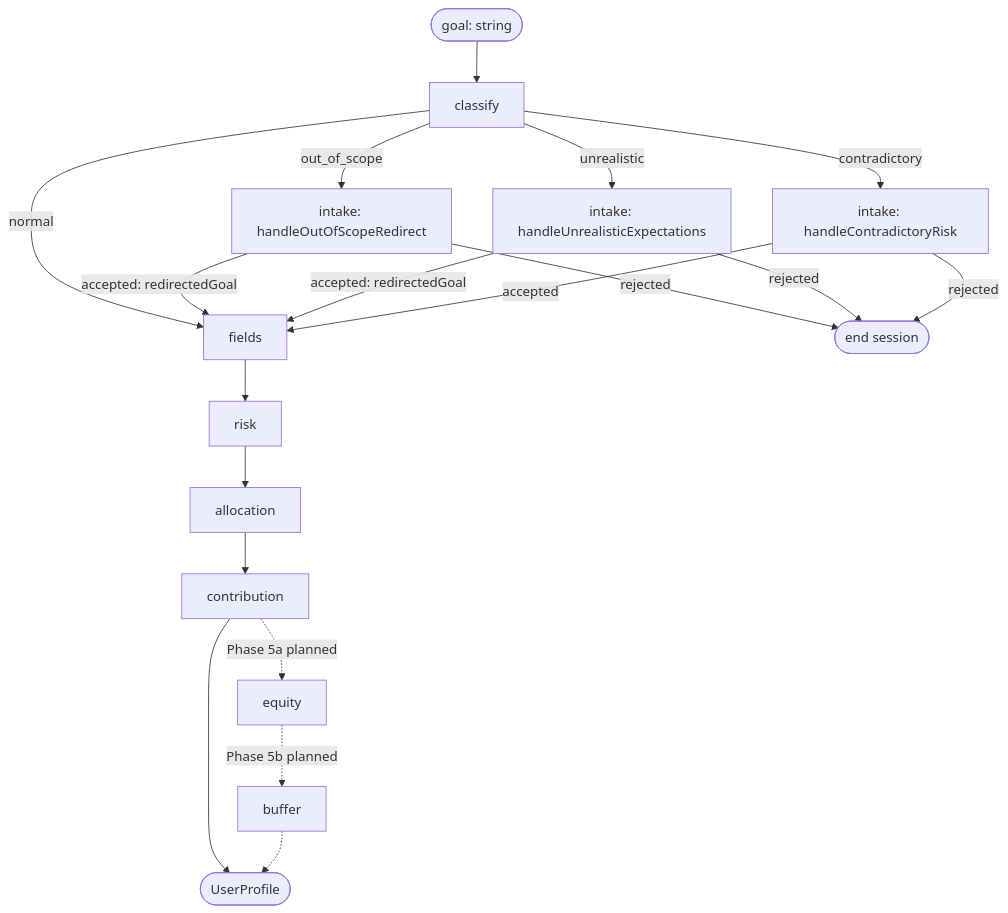
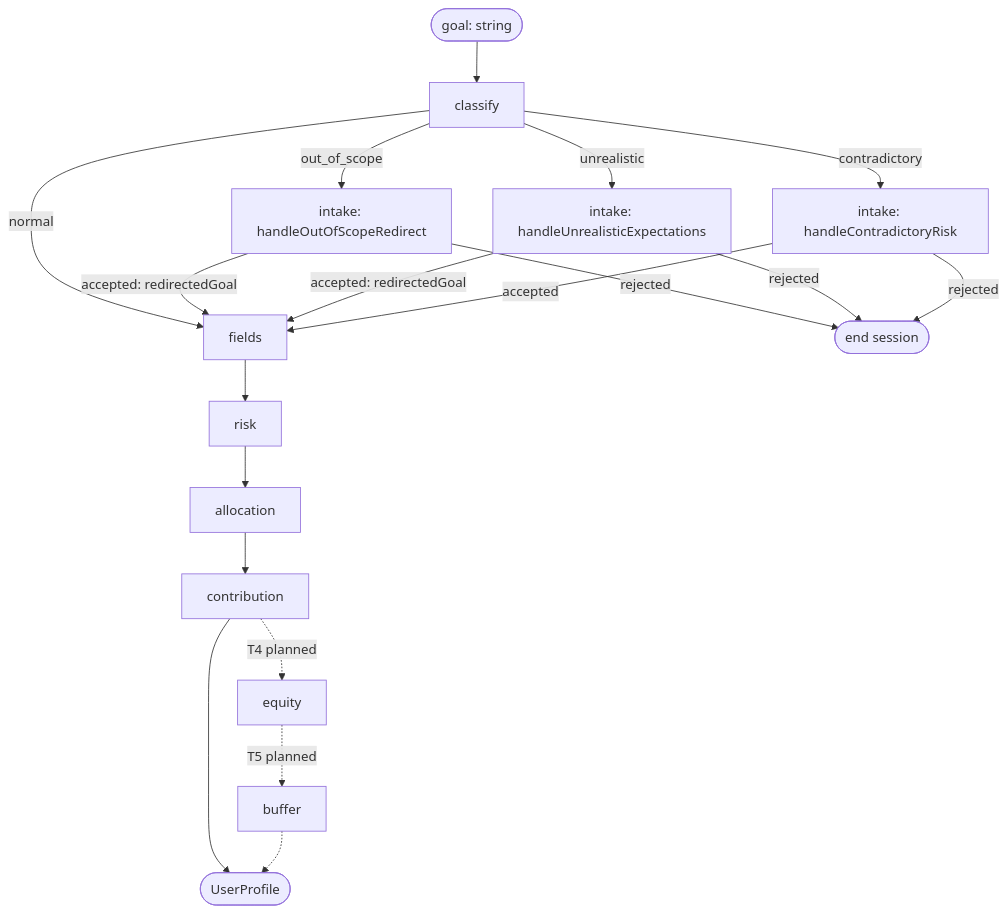
Before and after one commit to itayg43/lazy-advisor: the diagram in documentation/ARCHITECTURE.md, drawn with Mermaid. The commit also changed other lines of this file, not shown here.

First line of the commit message:
docs: align ARCHITECTURE.md with current implementation

````diff
--- a/documentation/ARCHITECTURE.md
+++ b/documentation/ARCHITECTURE.md
@@ -13,23 +13,23 @@
 ```mermaid
 flowchart TD
     Start([goal: string]) --> Classify[classify]
     Classify -->|normal| Fields[fields]
     Classify -->|out_of_scope| OOS[intake: handleOutOfScopeRedirect]
     Classify -->|unrealistic| Unreal[intake: handleUnrealisticExpectations]
     Classify -->|contradictory| Contra[intake: handleContradictoryRisk]
 
     OOS -->|accepted: redirectedGoal| Fields
     OOS -->|rejected| End([end session])
     Unreal -->|accepted: redirectedGoal| Fields
     Unreal -->|rejected| End
     Contra -->|accepted| Fields
     Contra -->|rejected| End
 
     Fields --> Risk[risk]
     Risk --> Allocation[allocation]
     Allocation --> Contribution[contribution]
     Contribution --> Profile([UserProfile])
-    Contribution -.->|Phase 5a planned| Equity[equity]
-    Equity -.->|Phase 5b planned| Buffer[buffer]
+    Contribution -.->|T4 planned| Equity[equity]
+    Equity -.->|T5 planned| Buffer[buffer]
     Buffer -.-> Profile
 ```
````
